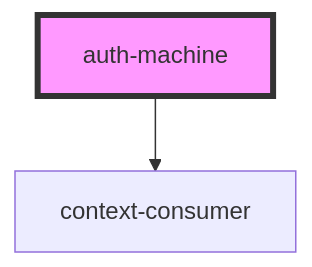
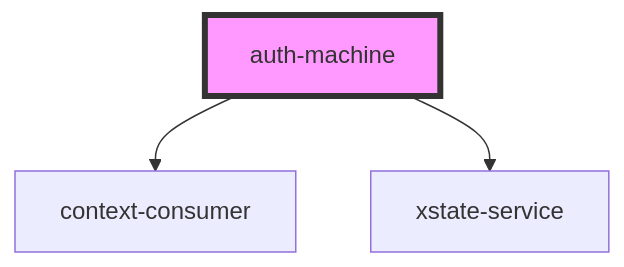
The diagram in src/components/auth-machine/readme.md (dinavinter/storybook-auth_collection), drawn with Mermaid before and after one commit. The commit also changed other lines of this file and 24 other files, not shown here.

````diff
--- a/src/components/auth-machine/readme.md
+++ b/src/components/auth-machine/readme.md
@@ -23,5 +24,6 @@
 ```mermaid
 graph TD;
   auth-machine --> context-consumer
+  auth-machine --> xstate-service
   style auth-machine fill:#f9f,stroke:#333,stroke-width:4px
 ```
````
